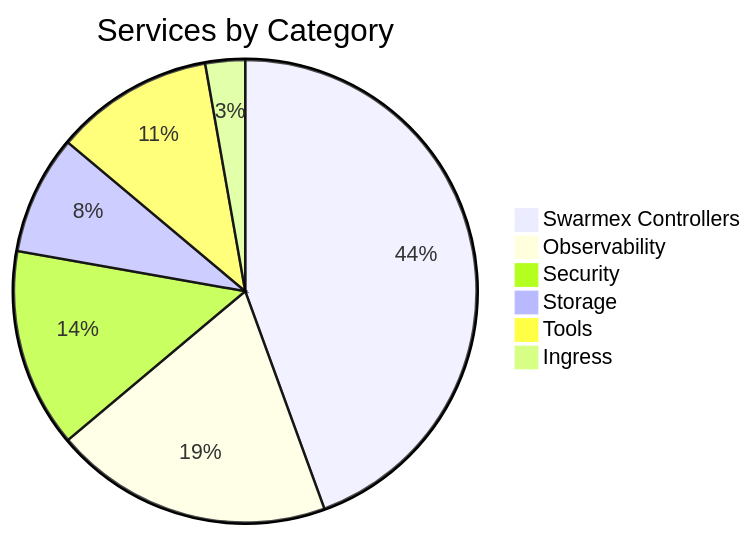
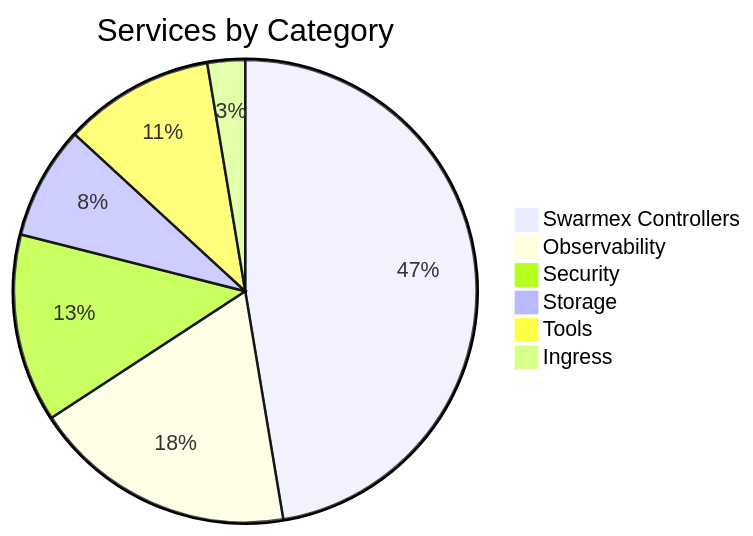
Before and after one commit to ccvass/swarmex: the second of 3 diagrams in README.md, drawn with Mermaid. The commit also changed other lines of this file and 3 other files, not shown here.

````diff
--- a/README.md
+++ b/README.md
@@ -200,9 +208,9 @@
 ```mermaid
 pie title Services by Category
-    "Swarmex Controllers" : 16
+    "Swarmex Controllers" : 18
     "Observability" : 7
     "Security" : 5
     "Storage" : 3
     "Tools" : 4
     "Ingress" : 1
 ```
````
